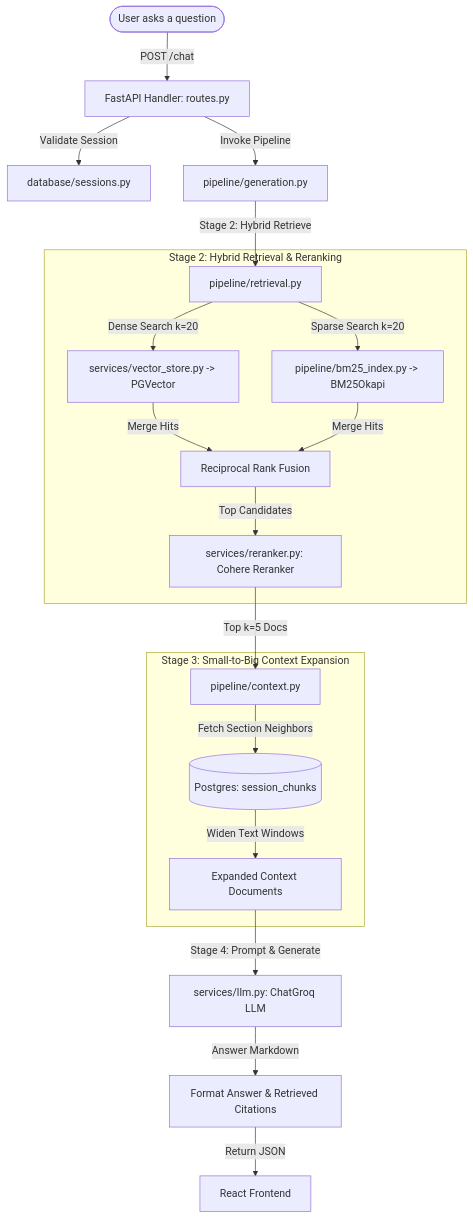
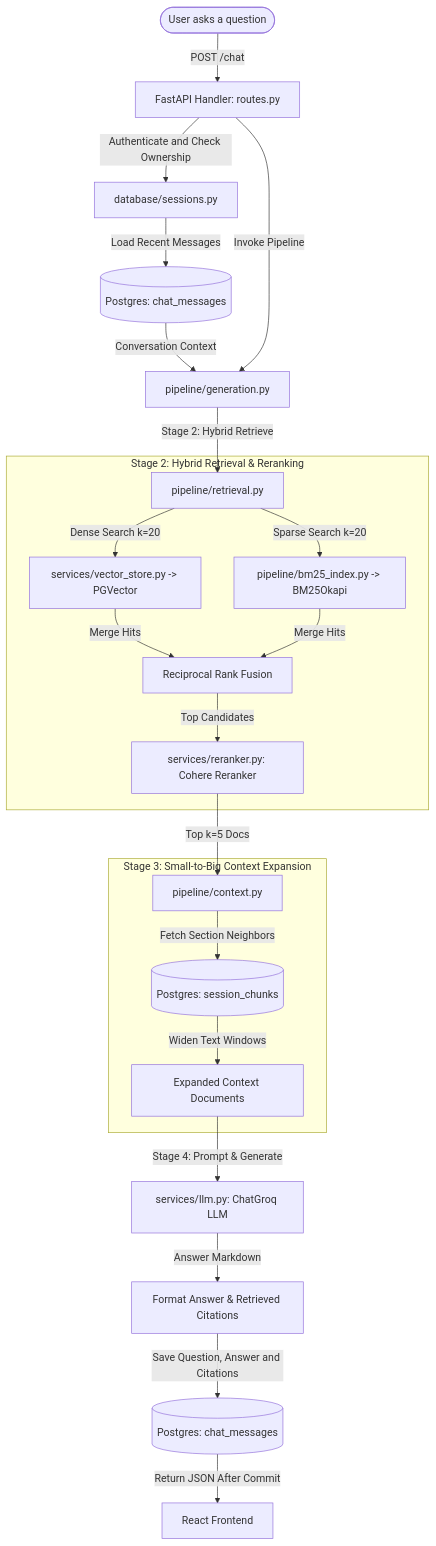
Before and after one commit to aarnasingh812/DocChat-AI: the second of 2 diagrams in README.md, drawn with Mermaid. The commit also changed other lines of this file and 29 other files, not shown here.

````diff
--- a/README.md
+++ b/README.md
@@ -102,25 +132,28 @@
 ```mermaid
 flowchart TD
     UserQuery([User asks a question]) -->|POST /chat| API[FastAPI Handler: routes.py]
-    API -->|Validate Session| Sessions[database/sessions.py]
+    API -->|Authenticate and Check Ownership| Sessions[database/sessions.py]
+    Sessions -->|Load Recent Messages| History[(Postgres: chat_messages)]
+    History -->|Conversation Context| Gen
     API -->|Invoke Pipeline| Gen[pipeline/generation.py]
     Gen -->|Stage 2: Hybrid Retrieve| Retrieve[pipeline/retrieval.py]
     
     subgraph Stage 2: Hybrid Retrieval & Reranking
         Retrieve -->|Dense Search k=20| VStore[services/vector_store.py -> PGVector]
         Retrieve -->|Sparse Search k=20| BM25[pipeline/bm25_index.py -> BM25Okapi]
         VStore & BM25 -->|Merge Hits| RRF[Reciprocal Rank Fusion]
         RRF -->|Top Candidates| Reranker[services/reranker.py: Cohere Reranker]
     end
 
     Reranker -->|Top k=5 Docs| ContextStage[pipeline/context.py]
     
     subgraph Stage 3: Small-to-Big Context Expansion
         ContextStage -->|Fetch Section Neighbors| ChunkDB[(Postgres: session_chunks)]
         ChunkDB -->|Widen Text Windows| ExpandedDocs[Expanded Context Documents]
     end
 
     ExpandedDocs -->|Stage 4: Prompt & Generate| LLM[services/llm.py: ChatGroq LLM]
     LLM -->|Answer Markdown| Response[Format Answer & Retrieved Citations]
-    Response -->|Return JSON| Client[React Frontend]
+    Response -->|Save Question, Answer and Citations| Messages[(Postgres: chat_messages)]
+    Messages -->|Return JSON After Commit| Client[React Frontend]
 ```
````
